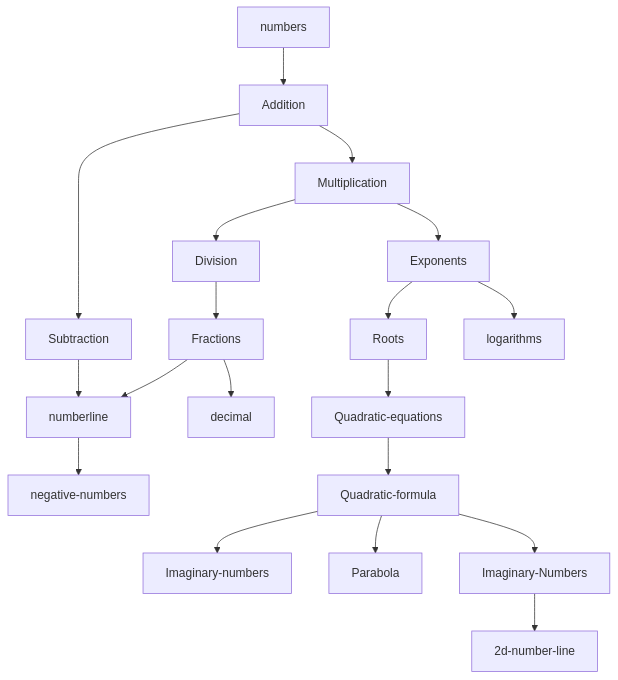
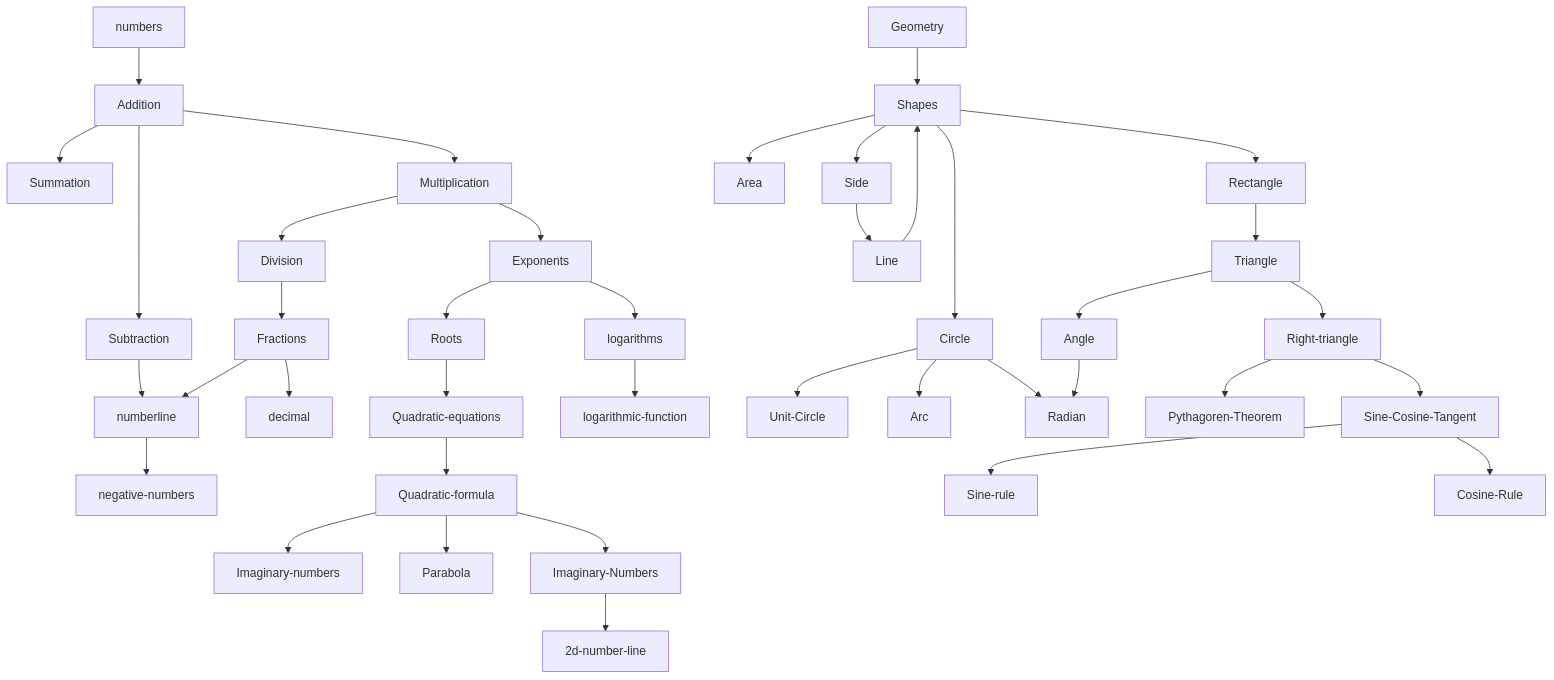
One commit to SnowDingo/mathematics-roadmap changed the diagram in README.md. Above: the diagram before and after it, drawn with Mermaid.

Commit message:
New geometry roadmap

````diff
--- a/README.md
+++ b/README.md
@@ -5,16 +5,32 @@
 ```mermaid
 graph TD;
 numbers-->Addition
+Addition-->Summation
  Addition--> Subtraction-->numberline
   Addition-->Multiplication-->Division-->Fractions
 Fractions-->decimal
 Fractions-->numberline
 numberline-->negative-numbers
 Multiplication-->Exponents-->Roots-->Quadratic-equations-->Quadratic-formula-->Imaginary-numbers
 Quadratic-formula--> Parabola
-Exponents-->logarithms
+Exponents-->logarithms-->logarithmic-function
 Quadratic-formula-->Imaginary-Numbers
 Imaginary-Numbers-->2d-number-line
 
+Geometry-->Shapes
+Shapes-->Circle
+Circle-->Unit-Circle
+Circle-->Arc
+Circle-->Radian
+Angle-->Radian
+Shapes-->Rectangle-->Triangle
+Triangle-->Right-triangle-->Pythagoren-Theorem
+Right-triangle -->Sine-Cosine-Tangent-->Sine-rule
+Sine-Cosine-Tangent --> Cosine-Rule
+Triangle-->Angle
+Shapes-->Area
+Shapes-->Side
+Side-->Line
+Line-->Shapes
 
 ```
````
